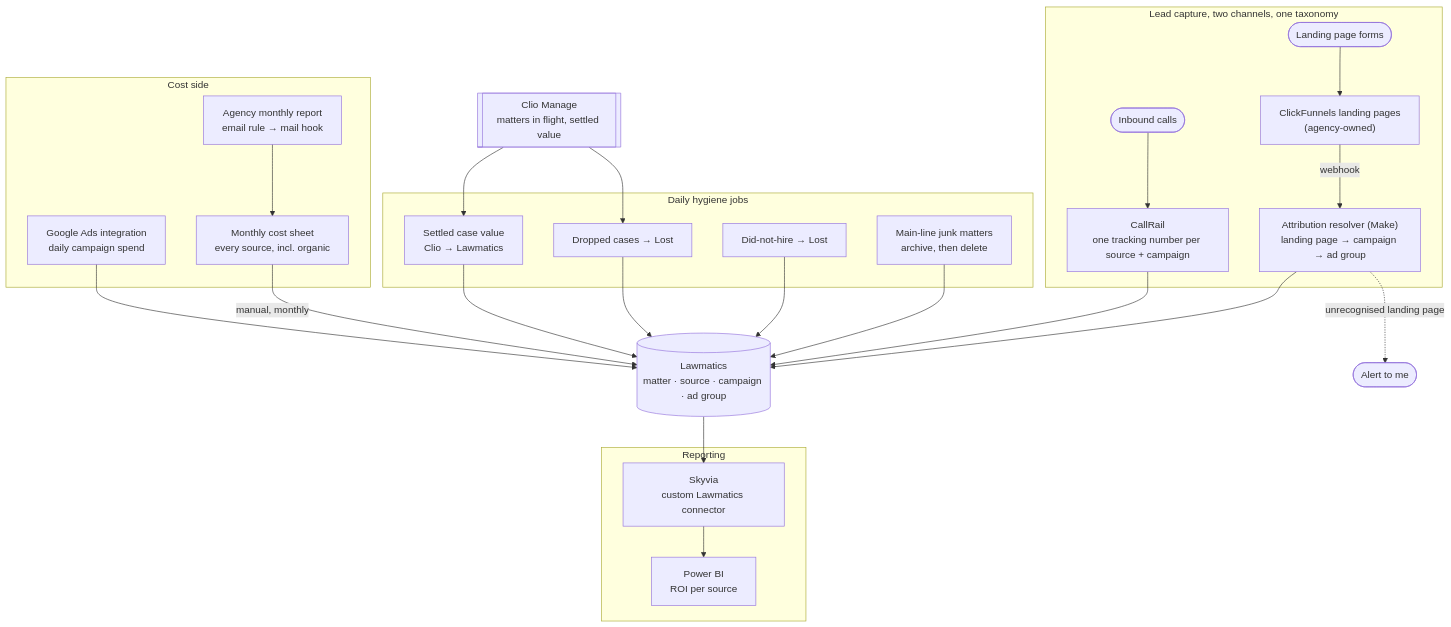
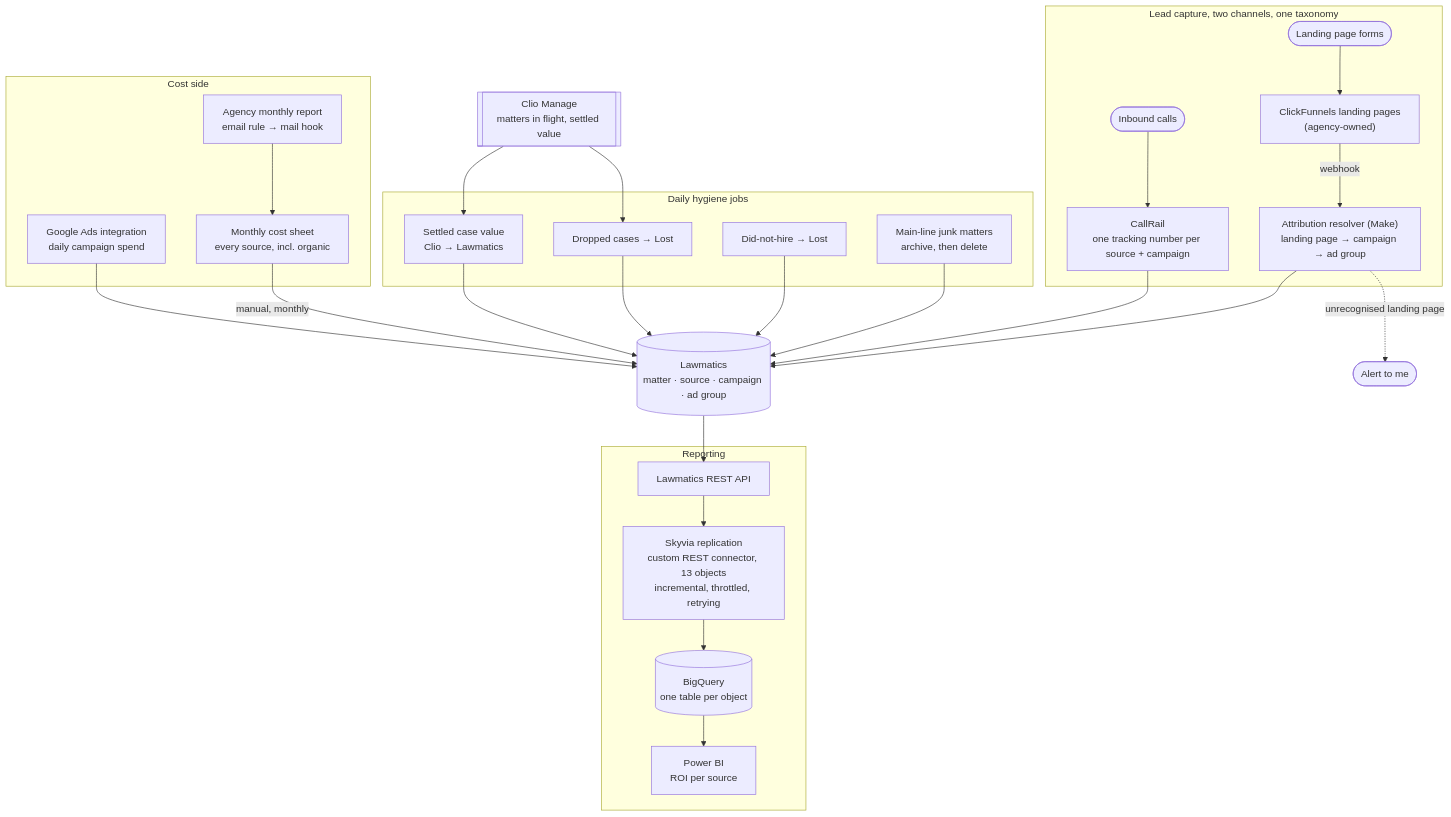
Before and after one commit to laraderosa-lab/laraderosa-solutions: the diagram in marketing-attribution/README.md, drawn with Mermaid. The commit also changed other lines of this file and 1 other file, not shown here.

First line of the commit message:
Write up the reporting layer from the connector definition

````diff
--- a/marketing-attribution/README.md
+++ b/marketing-attribution/README.md
@@ -193,44 +180,46 @@
 ```mermaid
 flowchart TB
   subgraph capture["Lead capture, two channels, one taxonomy"]
     calls(["Inbound calls"])
     forms(["Landing page forms"])
     cr["CallRail<br/>one tracking number per source + campaign"]
     cf["ClickFunnels landing pages<br/>(agency-owned)"]
     resolver["Attribution resolver (Make)<br/>landing page → campaign → ad group"]
   end
 
   lm[("Lawmatics<br/>matter · source · campaign · ad group")]
   clio[["Clio Manage<br/>matters in flight, settled value"]]
 
   subgraph costs["Cost side"]
     ads["Google Ads integration<br/>daily campaign spend"]
     report["Agency monthly report<br/>email rule → mail hook"]
     sheet["Monthly cost sheet<br/>every source, incl. organic"]
   end
 
   subgraph hygiene["Daily hygiene jobs"]
     h1["Settled case value<br/>Clio → Lawmatics"]
     h2["Dropped cases → Lost"]
     h3["Did-not-hire → Lost"]
     h4["Main-line junk matters<br/>archive, then delete"]
   end
 
   subgraph bi["Reporting"]
-    sky["Skyvia<br/>custom Lawmatics connector"]
+    api["Lawmatics REST API"]
+    sky["Skyvia replication<br/>custom REST connector, 13 objects<br/>incremental, throttled, retrying"]
+    bq[("BigQuery<br/>one table per object")]
     pbi["Power BI<br/>ROI per source"]
   end
 
   alert(["Alert to me"])
 
   calls --> cr --> lm
   forms --> cf -->|webhook| resolver --> lm
   resolver -.->|"unrecognised landing page"| alert
   ads --> lm
   report --> sheet -->|"manual, monthly"| lm
   clio --> h1 --> lm
   clio --> h2 --> lm
   h3 --> lm
   h4 --> lm
-  lm --> sky --> pbi
+  lm --> api --> sky --> bq --> pbi
 ```
````
